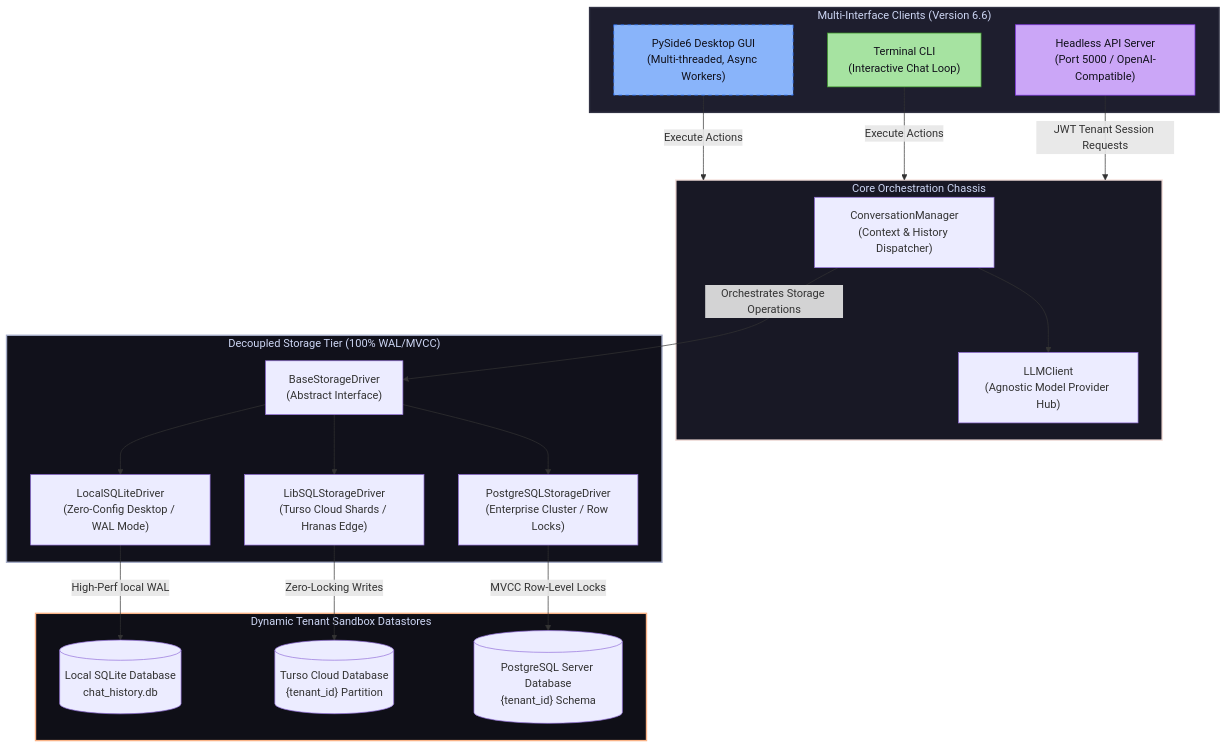
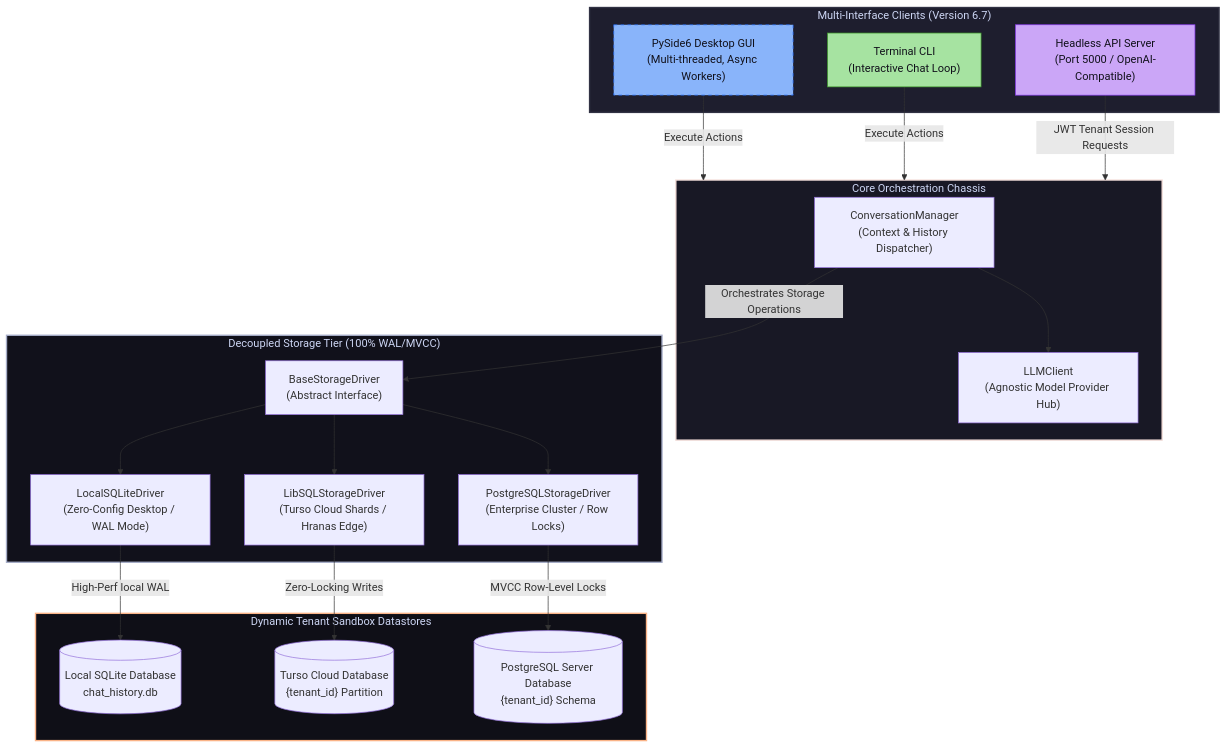
The diagram in README.md (Arean82/llm_chat_app), drawn with Mermaid before and after one commit. The commit also changed other lines of this file and 10 other files, not shown here.

````diff
--- a/README.md
+++ b/README.md
@@ -247,55 +248,55 @@
 ```mermaid
 graph TD
     %% Client Layer
-    subgraph Clients ["Multi-Interface Clients (Version 6.6)"]
+    subgraph Clients ["Multi-Interface Clients (Version 6.7)"]
         GUI["PySide6 Desktop GUI<br>(Multi-threaded, Async Workers)"]
         CLI["Terminal CLI<br>(Interactive Chat Loop)"]
         Headless["Headless API Server<br>(Port 5000 / OpenAI-Compatible)"]
     end
 
     %% Core Orchestration Layer
     subgraph Core ["Core Orchestration Chassis"]
         Mgr["ConversationManager<br>(Context & History Dispatcher)"]
         Client["LLMClient<br>(Agnostic Model Provider Hub)"]
         Mgr --> Client
     end
 
     %% Storage Drivers
     subgraph Storage ["Decoupled Storage Tier (100% WAL/MVCC)"]
         DriverContract["BaseStorageDriver<br>(Abstract Interface)"]
         SQLiteDriver["LocalSQLiteDriver<br>(Zero-Config Desktop / WAL Mode)"]
         TursoDriver["LibSQLStorageDriver<br>(Turso Cloud Shards / Hranas Edge)"]
         PGDriver["PostgreSQLStorageDriver<br>(Enterprise Cluster / Row Locks)"]
         
         DriverContract --> SQLiteDriver
         DriverContract --> TursoDriver
         DriverContract --> PGDriver
     end
 
     %% Multi-Tenant Sandbox Datastores
     subgraph Datastores ["Dynamic Tenant Sandbox Datastores"]
         SQLiteDB[("Local SQLite Database<br>chat_history.db")]
         TursoDB[("Turso Cloud Database<br>{tenant_id} Partition")]
         PGDB[("PostgreSQL Server Database<br>{tenant_id} Schema")]
         
         SQLiteDriver -->|High-Perf local WAL| SQLiteDB
         TursoDriver -->|Zero-Locking Writes| TursoDB
         PGDriver -->|MVCC Row-Level Locks| PGDB
     end
 
     %% Relations
     GUI -->|Execute Actions| Core
     CLI -->|Execute Actions| Core
     Headless -->|JWT Tenant Session Requests| Core
     
     Mgr -->|Orchestrates Storage Operations| DriverContract
 
     %% Styling
     style Clients fill:#1e1e2e,stroke:#313244,stroke-width:2px,color:#cdd6f4
     style Core fill:#181825,stroke:#f5e0dc,stroke-width:2px,color:#cdd6f4
     style Storage fill:#11111b,stroke:#a6adc8,stroke-width:2px,color:#cdd6f4
     style Datastores fill:#0f0f17,stroke:#fab387,stroke-width:2px,color:#cdd6f4
     style GUI fill:#89b4fa,stroke:#1e66f5,stroke-dasharray: 5 5,color:#11111b
     style CLI fill:#a6e3a1,stroke:#40a02b,color:#11111b
     style Headless fill:#cba6f7,stroke:#8839ef,color:#11111b
 ```
````
